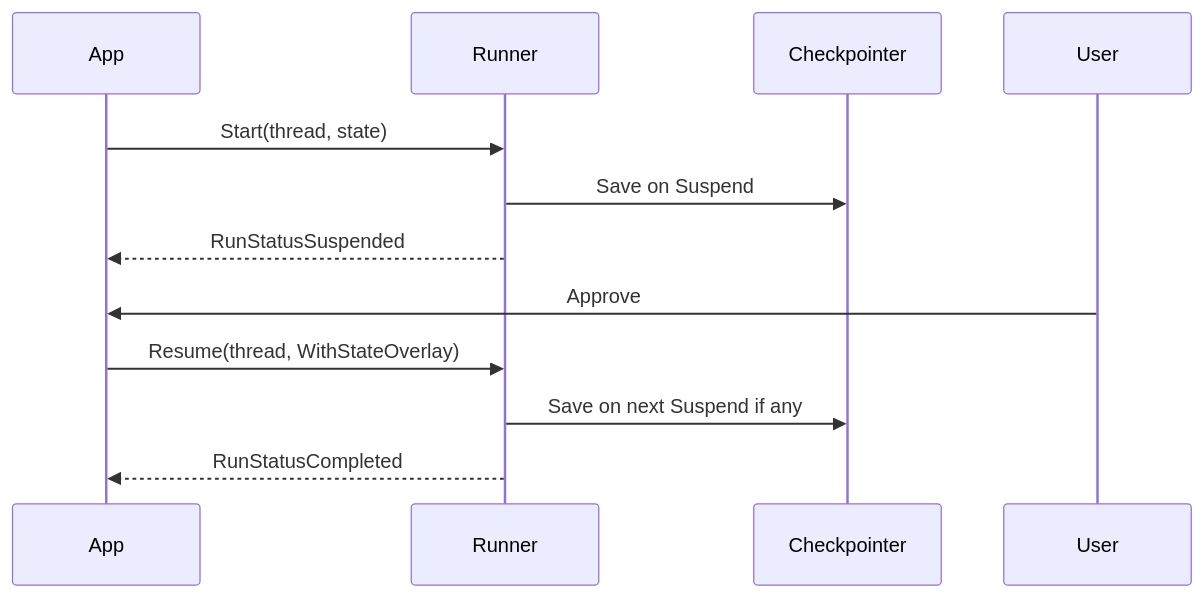
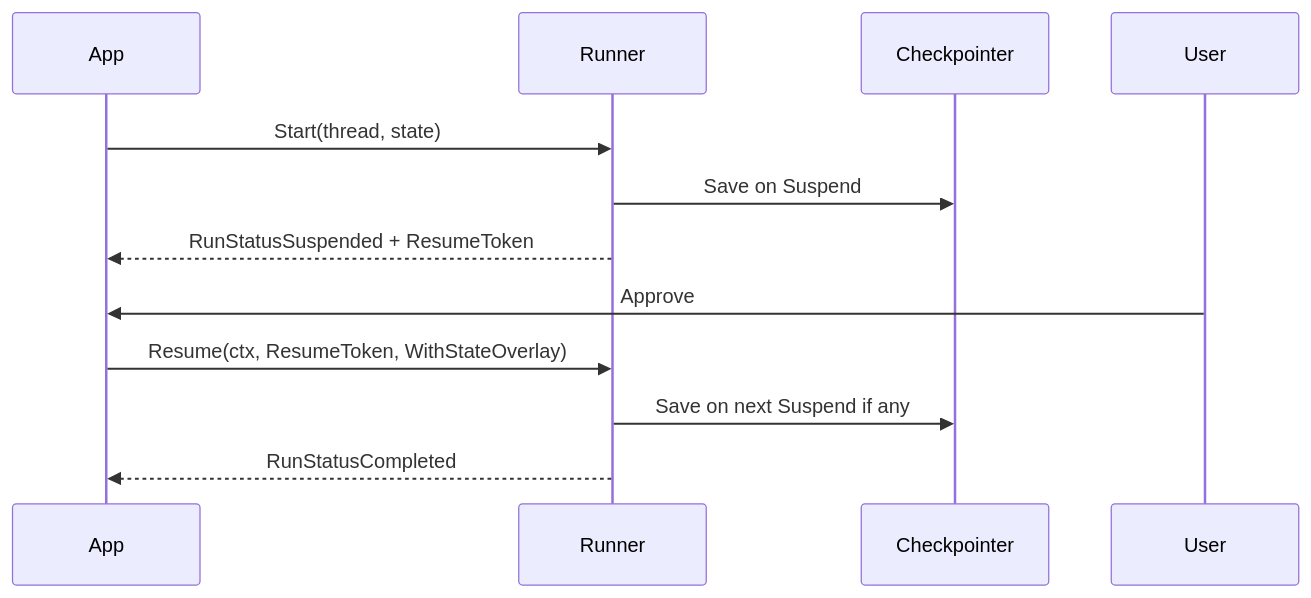
The diagram in examples/hitl_agent/README.md (skosovsky/flowy), drawn with Mermaid before and after one commit. The commit also changed other lines of this file and 22 other files, not shown here.

````diff
--- a/examples/hitl_agent/README.md
+++ b/examples/hitl_agent/README.md
@@ -26,15 +26,15 @@
 ```mermaid
 sequenceDiagram
   participant App
   participant Runner
   participant CP as Checkpointer
   participant User
 
   App->>Runner: Start(thread, state)
   Runner->>CP: Save on Suspend
-  Runner-->>App: RunStatusSuspended
+  Runner-->>App: RunStatusSuspended + ResumeToken
   User->>App: Approve
-  App->>Runner: Resume(thread, WithStateOverlay)
+  App->>Runner: Resume(ctx, ResumeToken, WithStateOverlay)
   Runner->>CP: Save on next Suspend if any
   Runner-->>App: RunStatusCompleted
 ```
````
